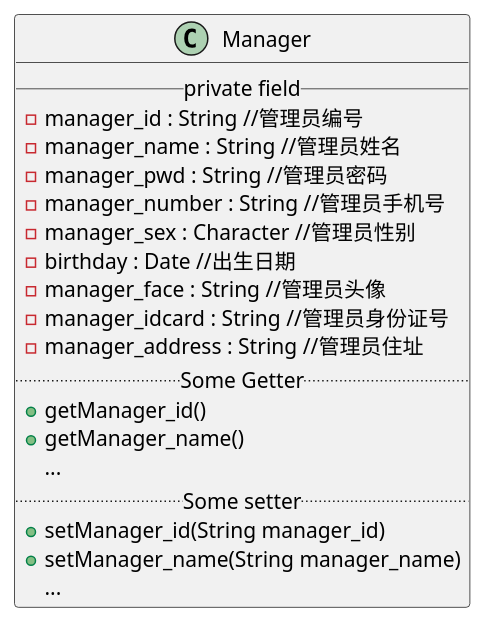
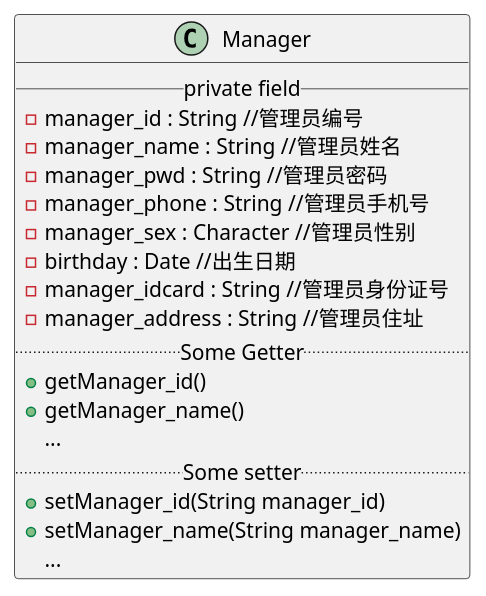
Before and after one commit to xiaokangxxs/notebook: the third of 30 diagrams in docs/UML/plantuml.md, drawn with PlantUML. The commit also changed other lines of this file and 2 other files, not shown here.

Commit message:
update hadoop-ha and update familyaccount-plantuml

````diff
--- a/docs/UML/plantuml.md
+++ b/docs/UML/plantuml.md
@@ -77,26 +70,25 @@
 ```plantuml
 @startuml
 
 class Manager {
 __ private field __
  -manager_id : String //管理员编号
  -manager_name : String //管理员姓名
  -manager_pwd : String //管理员密码
- -manager_number : String //管理员手机号
+ -manager_phone : String //管理员手机号
  -manager_sex : Character //管理员性别
  -birthday : Date //出生日期
- -manager_face : String //管理员头像
  -manager_idcard : String //管理员身份证号
  -manager_address : String //管理员住址
 .. Some Getter ..
   + getManager_id()
   + getManager_name()
   ...
 .. Some setter ..
   + setManager_id(String manager_id)
   + setManager_name(String manager_name)
   ...
 }
 
 @enduml
 ```
````
